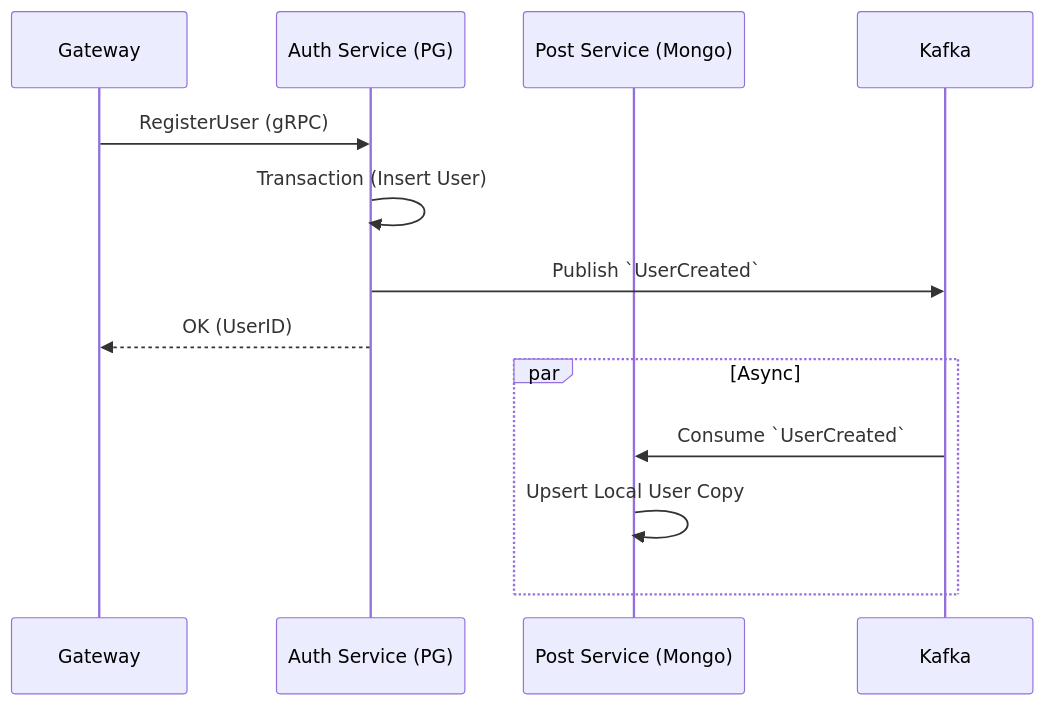
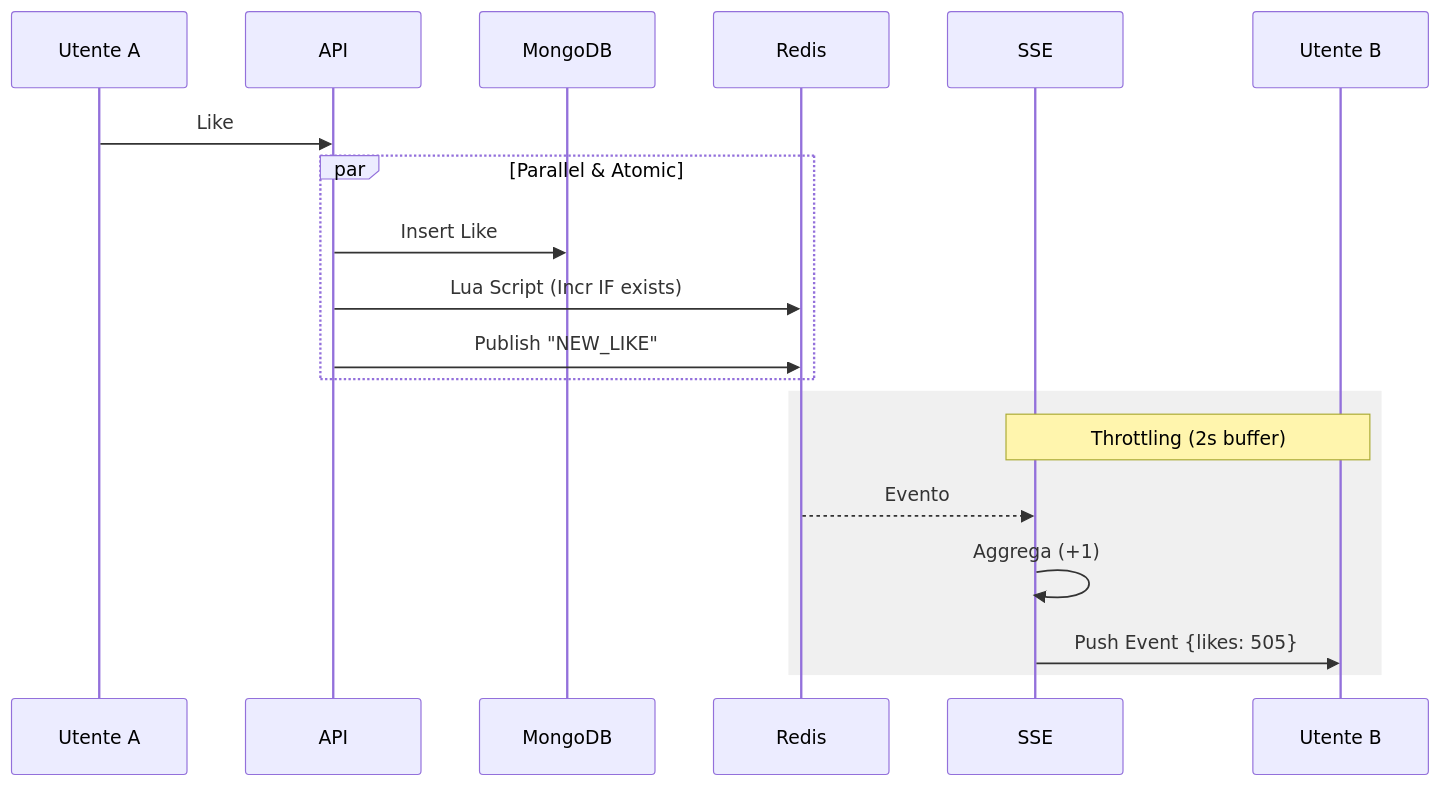
One commit to daubog44/progetto changed the third of 3 diagrams in docs/ARCHITECTURE.md. Above: the diagram before and after it, drawn with Mermaid. The commit also changed other lines of this file and 5 other files, not shown here.

````diff
--- a/docs/ARCHITECTURE.md
+++ b/docs/ARCHITECTURE.md
@@ -54,17 +97,23 @@
 ```mermaid
 sequenceDiagram
-    participant GW as Gateway
-    participant AU as Auth Service (PG)
-    participant PS as Post Service (Mongo)
-    participant K as Kafka
+    participant U as Utente A
+    participant API
+    participant DB as MongoDB
+    participant Redis
+    participant SSE
+    participant V as Utente B
 
-    GW->>AU: RegisterUser (gRPC)
-    AU->>AU: Transaction (Insert User)
-    AU->>K: Publish `UserCreated`
-    AU-->>GW: OK (UserID)
+    U->>API: Like
+    par Parallel & Atomic
+        API->>DB: Insert Like
+        API->>Redis: Lua Script (Incr IF exists)
+        API->>Redis: Publish "NEW_LIKE"
+    end
     
-    par Async
-        K->>PS: Consume `UserCreated`
-        PS->>PS: Upsert Local User Copy
+    rect rgb(240, 240, 240)
+    Note over SSE, V: Throttling (2s buffer)
+    Redis-->>SSE: Evento
+    SSE->>SSE: Aggrega (+1)
+    SSE->>V: Push Event {likes: 505}
     end
 ```
````
